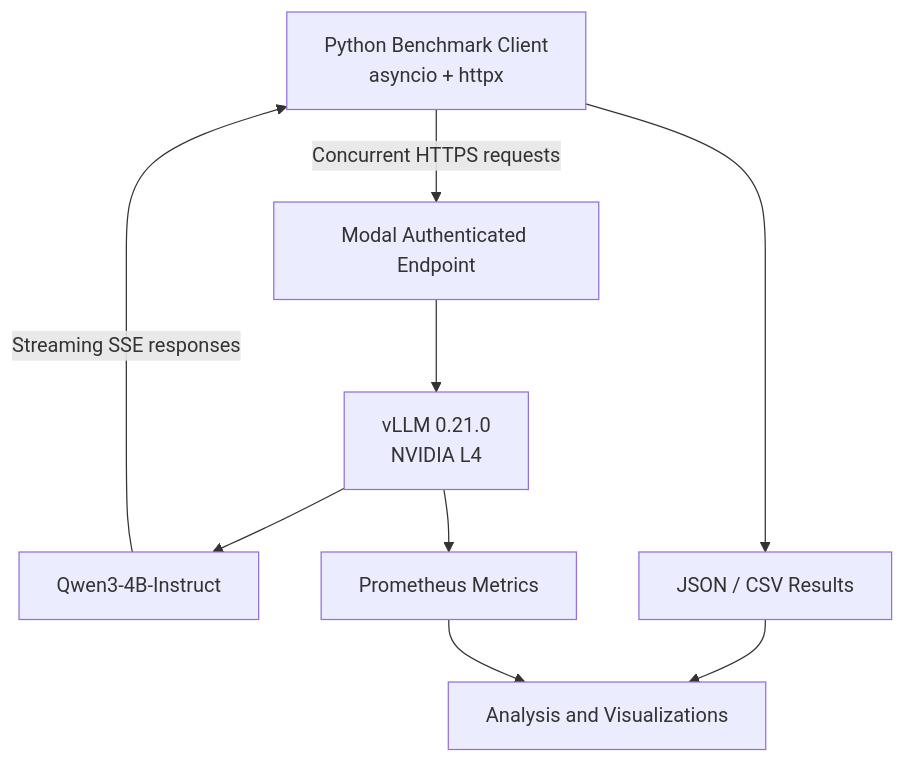
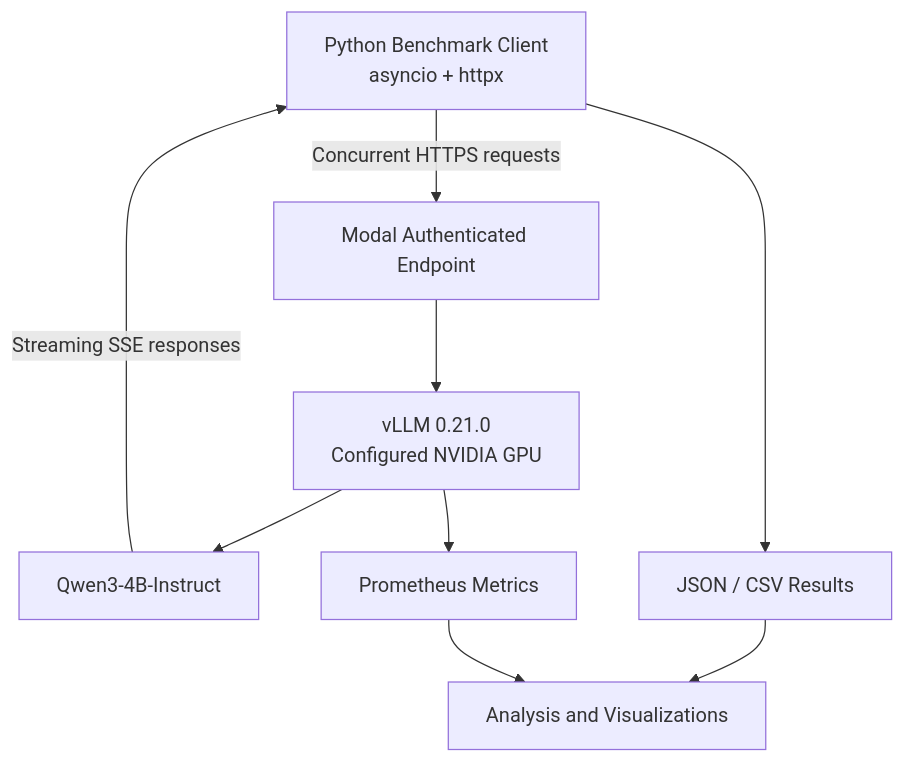
Before and after one commit to malcolmshi123/llm-inference-optimization-lab: the diagram in README.md, drawn with Mermaid. The commit also changed other lines of this file and 181 other files, not shown here.

````diff
--- a/README.md
+++ b/README.md
@@ -36,11 +58,11 @@
 ```mermaid
 flowchart TD
     A["Python Benchmark Client<br/>asyncio + httpx"] -->|"Concurrent HTTPS requests"| B["Modal Authenticated Endpoint"]
-    B --> C["vLLM 0.21.0<br/>NVIDIA L4"]
+    B --> C["vLLM 0.21.0<br/>Configured NVIDIA GPU"]
     C --> D["Qwen3-4B-Instruct"]
     D -->|"Streaming SSE responses"| A
     A --> E["JSON / CSV Results"]
     C --> F["Prometheus Metrics"]
     E --> G["Analysis and Visualizations"]
     F --> G
 ```
````
